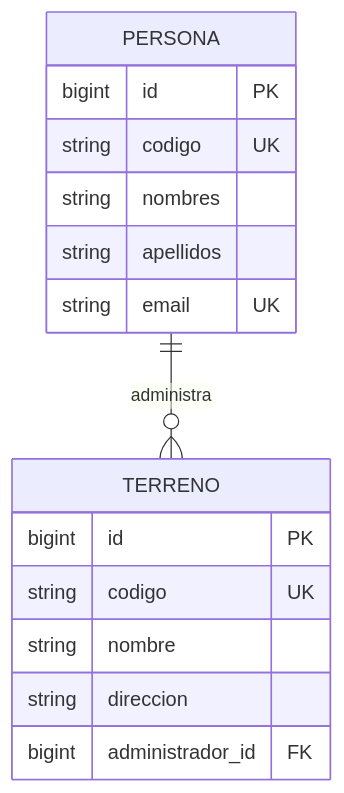
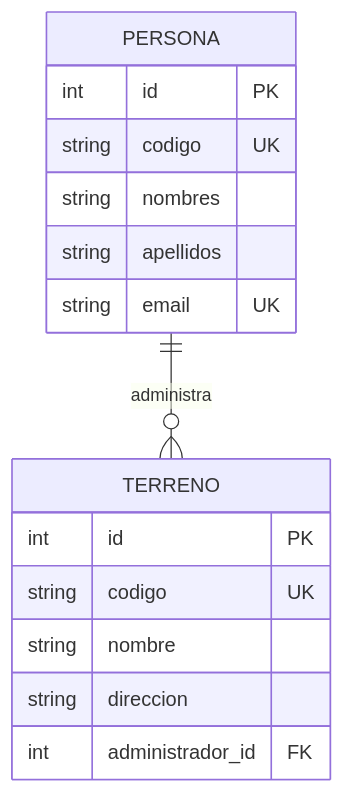
The diagram in README.md (amaruprog14/smartconnect), drawn with Mermaid before and after one commit. The commit also changed other lines of this file and 5 other files, not shown here.

````diff
--- a/README.md
+++ b/README.md
@@ -113,18 +113,18 @@
 ```mermaid
 erDiagram
     PERSONA ||--o{ TERRENO : administra
     PERSONA {
-        bigint id PK
+        int id PK
         string codigo UK
         string nombres
         string apellidos
         string email UK
     }
     TERRENO {
-        bigint id PK
+        int id PK
         string codigo UK
         string nombre
         string direccion
-        bigint administrador_id FK
+        int administrador_id FK
     }
 ```
````
